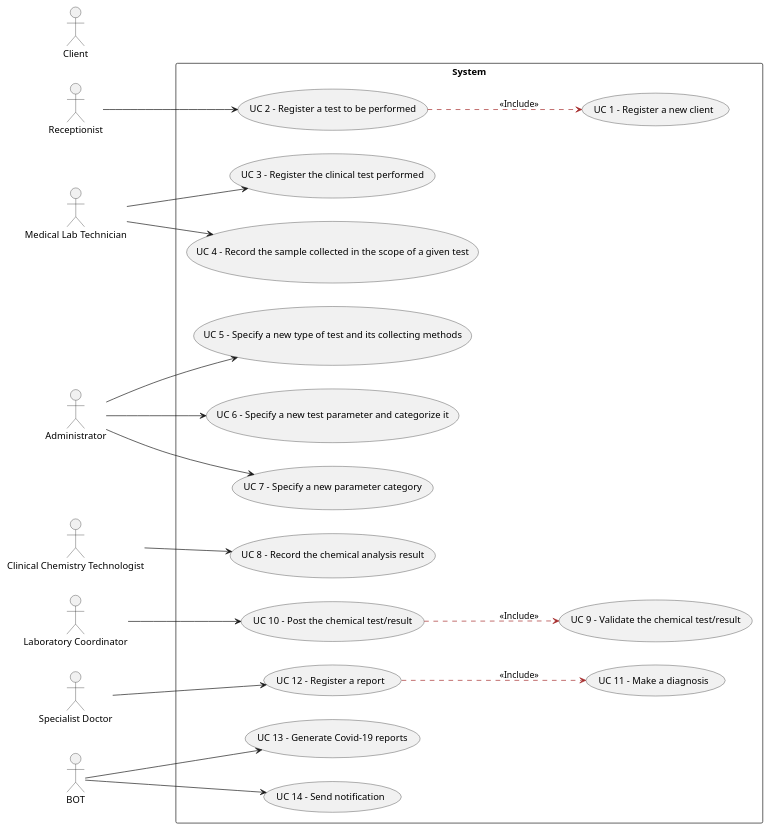
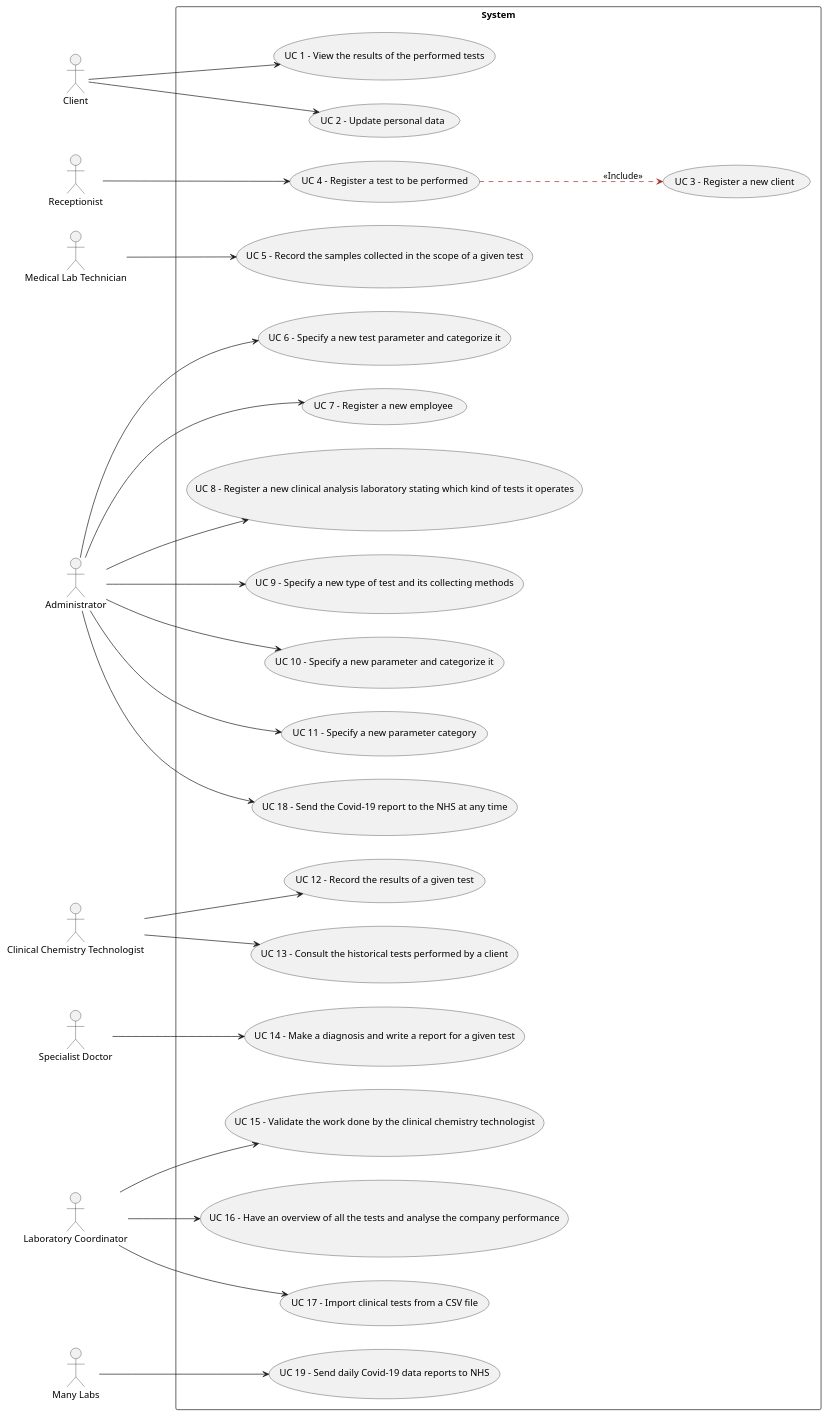
The diagram in docs/SprintD/Use Case Diagram.puml (ana-albergaria/LAPR2-ISEP), drawn with PlantUML before and after one commit. The commit also changed 2 other files, not shown here.

```diff
--- a/docs/SprintD/Use Case Diagram.puml
+++ b/docs/SprintD/Use Case Diagram.puml
@@ -1,34 +1,37 @@
 @startuml
 
 left to right direction
 skinparam packageStyle rectangle
-actor Receptionist
+actor "Client" as CL
+actor "Receptionist" as REC
 actor "Medical Lab Technician" as MLT
 actor Administrator
 actor "Clinical Chemistry Technologist" as CCT
+actor "Specialist Doctor" as SD
 actor "Laboratory Coordinator" as LC
-actor "Specialist Doctor" as SD
-actor Client
-actor BOT
-
-
+actor "Many Labs" as ML
 
 rectangle System {
-Receptionist --> (UC 2 - Register a test to be performed)
-(UC 2 - Register a test to be performed) --> (UC 1 - Register a new client) #brown;line.dashed;text:black : <<Include>>
-MLT --> (UC 3 - Register the clinical test performed)
-MLT --> (UC 4 - Record the sample collected in the scope of a given test)
-CCT --> (UC 8 - Record the chemical analysis result)
-Administrator --> (UC 5 - Specify a new type of test and its collecting methods)
+CL --> (UC 1 - View the results of the performed tests)
+CL --> (UC 2 - Update personal data)
+REC --> (UC 4 - Register a test to be performed)
+(UC 4 - Register a test to be performed) --> (UC 3 - Register a new client) #brown;line.dashed;text:black : <<Include>>
+MLT --> (UC 5 - Record the samples collected in the scope of a given test)
 Administrator --> (UC 6 - Specify a new test parameter and categorize it)
-Administrator --> (UC 7 - Specify a new parameter category)
-SD --> (UC 12 - Register a report)
-LC --> (UC 10 - Post the chemical test/result)
-(UC 10 - Post the chemical test/result) --> (UC 9 - Validate the chemical test/result) #brown;line.dashed;text:black : <<Include>>
-BOT --> (UC 13 - Generate Covid-19 reports)
-BOT --> (UC 14 - Send notification)
-(UC 12 - Register a report) --> (UC 11 - Make a diagnosis) #brown;line.dashed;text:black : <<Include>>
+Administrator --> (UC 7 - Register a new employee)
+Administrator --> (UC 8 - Register a new clinical analysis laboratory stating which kind of tests it operates)
+Administrator --> (UC 9 - Specify a new type of test and its collecting methods)
+Administrator --> (UC 10 - Specify a new parameter and categorize it)
+Administrator --> (UC 11 - Specify a new parameter category)
+CCT --> (UC 12 - Record the results of a given test)
+CCT --> (UC 13 - Consult the historical tests performed by a client)
+SD --> (UC 14 - Make a diagnosis and write a report for a given test)
+LC --> (UC 15 - Validate the work done by the clinical chemistry technologist)
+LC --> (UC 16 - Have an overview of all the tests and analyse the company performance)
+LC --> (UC 17 - Import clinical tests from a CSV file)
+Administrator --> (UC 18 - Send the Covid-19 report to the NHS at any time)
+ML --> (UC 19 - Send daily Covid-19 data reports to NHS)
 }
 
 
 @enduml
```
